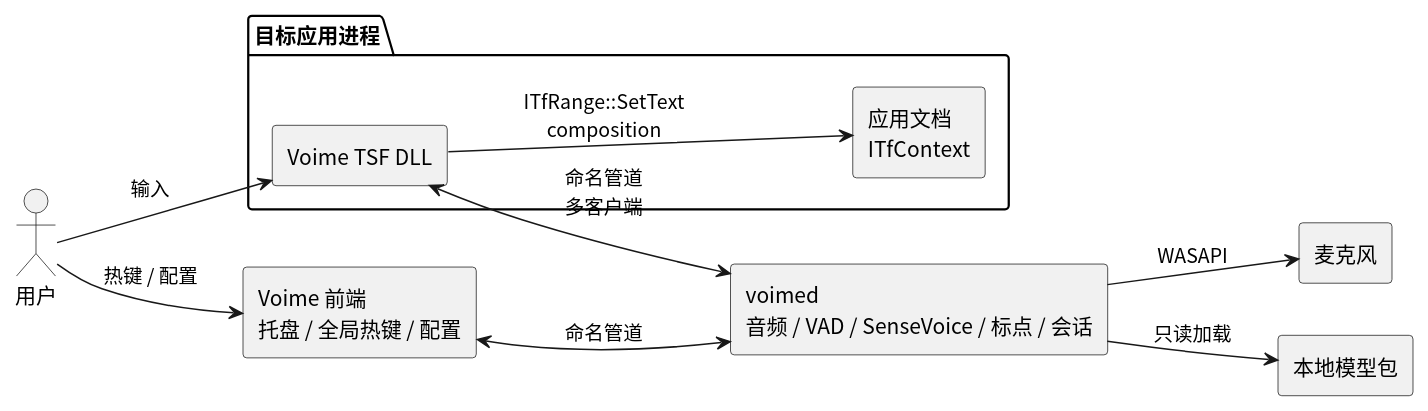
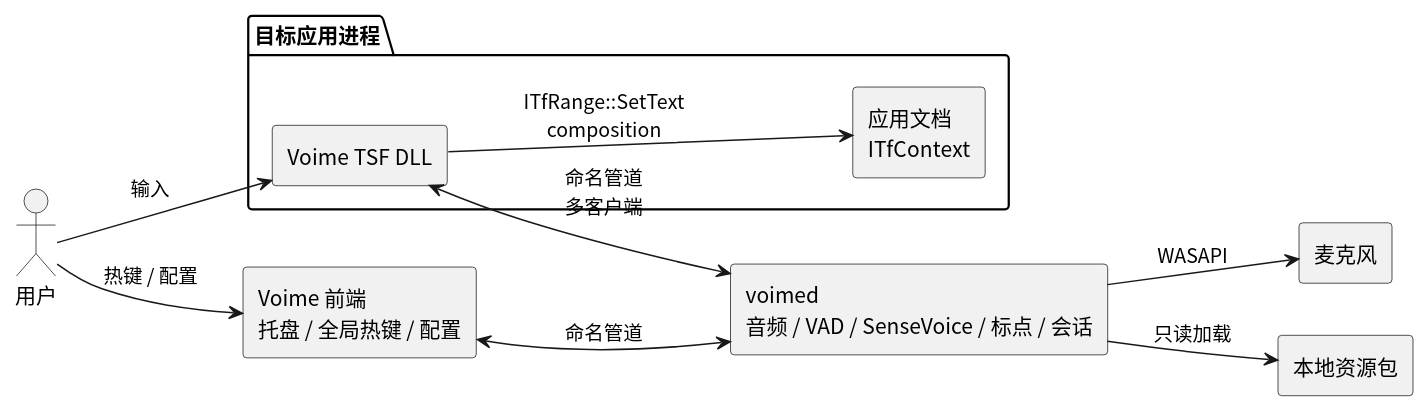
One commit to 54m43lJ/voime changed the diagram in diagram/windows-tsf.puml. Above: the diagram before and after it, drawn with PlantUML. The commit also changed 127 other files, not shown here.

```diff
--- a/diagram/windows-tsf.puml
+++ b/diagram/windows-tsf.puml
@@ -1,25 +1,25 @@
 @startuml
 skinparam defaultFontName "Noto Sans CJK SC"
 skinparam shadowing false
 skinparam componentStyle rectangle
 left to right direction
 
 actor "用户" as User
 component "Voime 前端\n托盘 / 全局热键 / 配置" as Broker
 component "voimed\n音频 / VAD / SenseVoice / 标点 / 会话" as Daemon
 component "麦克风" as Mic
-component "本地模型包" as Models
+component "本地资源包" as Models
 
 package "目标应用进程" {
   component "Voime TSF DLL" as TSF
   component "应用文档\nITfContext" as Doc
 }
 
 User --> Broker : 热键 / 配置
 User --> TSF : 输入
 Broker <--> Daemon : 命名管道
 TSF <--> Daemon : 命名管道\n多客户端
 TSF --> Doc : ITfRange::SetText\ncomposition
 Daemon --> Mic : WASAPI
 Daemon --> Models : 只读加载
 @enduml
```
